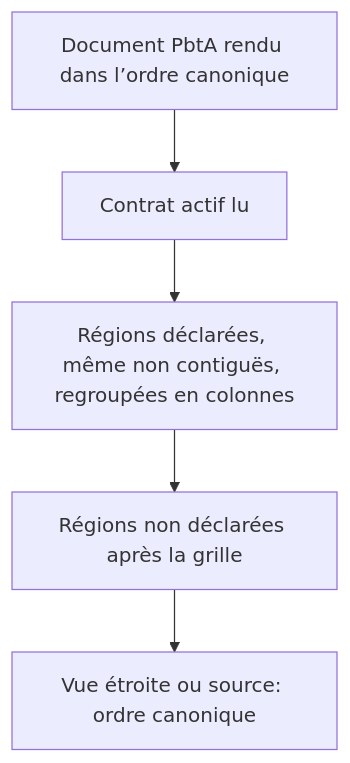
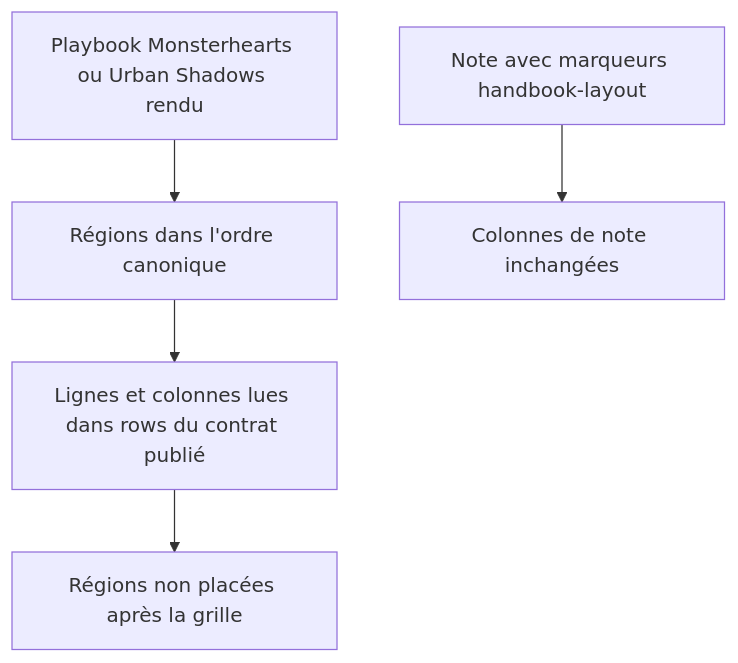
Before and after one commit to RebelliousSmile/obsidian-handbook: the first of 2 diagrams in aidd_docs/tasks/2026_09/2026_09_21_contract-declared-layout-regions/phase-2.md, drawn with Mermaid. The commit also changed other lines of this file and 11 other files, not shown here.

First line of the commit message:
refactor(layout): drop the unused contract layout engine and the rows fallback

````diff
--- a/aidd_docs/tasks/2026_09/2026_09_21_contract-declared-layout-regions/phase-2.md
+++ b/aidd_docs/tasks/2026_09/2026_09_21_contract-declared-layout-regions/phase-2.md
@@ -26,7 +23,7 @@
 ```mermaid
 flowchart TD
-  A[Document PbtA rendu dans l’ordre canonique] --> B[Contrat actif lu]
-  B --> C[Régions déclarées, même non contiguës, regroupées en colonnes]
-  C --> D[Régions non déclarées après la grille]
-  D --> E[Vue étroite ou source: ordre canonique]
+  A[Playbook Monsterhearts ou Urban Shadows rendu] --> B[Régions dans l'ordre canonique]
+  B --> C[Lignes et colonnes lues dans rows du contrat publié]
+  C --> D[Régions non placées après la grille]
+  E[Note avec marqueurs handbook-layout] --> F[Colonnes de note inchangées]
 ```
````
